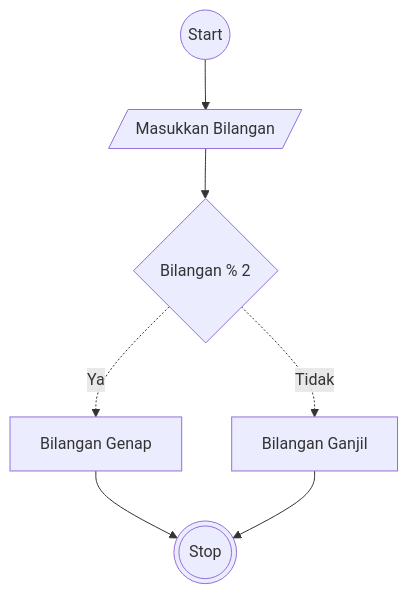
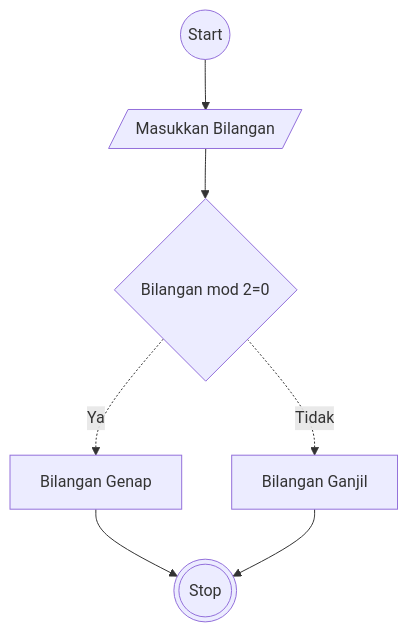
The diagram in ganjil-genap.md (dimastadeoo/koda-b8-algoritma), drawn with Mermaid before and after one commit.

````diff
--- a/ganjil-genap.md
+++ b/ganjil-genap.md
@@ -16,18 +16,18 @@
 ```mermaid
 flowchart TD
     A@{ shape: circle, label: "Start" }
     
     B@{ shape: lean-r, label: "Masukkan Bilangan" }
 
-    C@{ shape: diamond, label: "Bilangan % 2" }
+    C@{ shape: diamond, label: "Bilangan mod 2=0" }
 
     D@{ shape: rect, label: "Bilangan Ganjil" }
     E@{ shape: rect, label: "Bilangan Genap" }
 
     F@{ shape: dbl-circ, label: "Stop" }
 
     A --> B --> C-. Ya .-> E --> F
     C-. Tidak .-> D --> F
 
 
 ```
````
